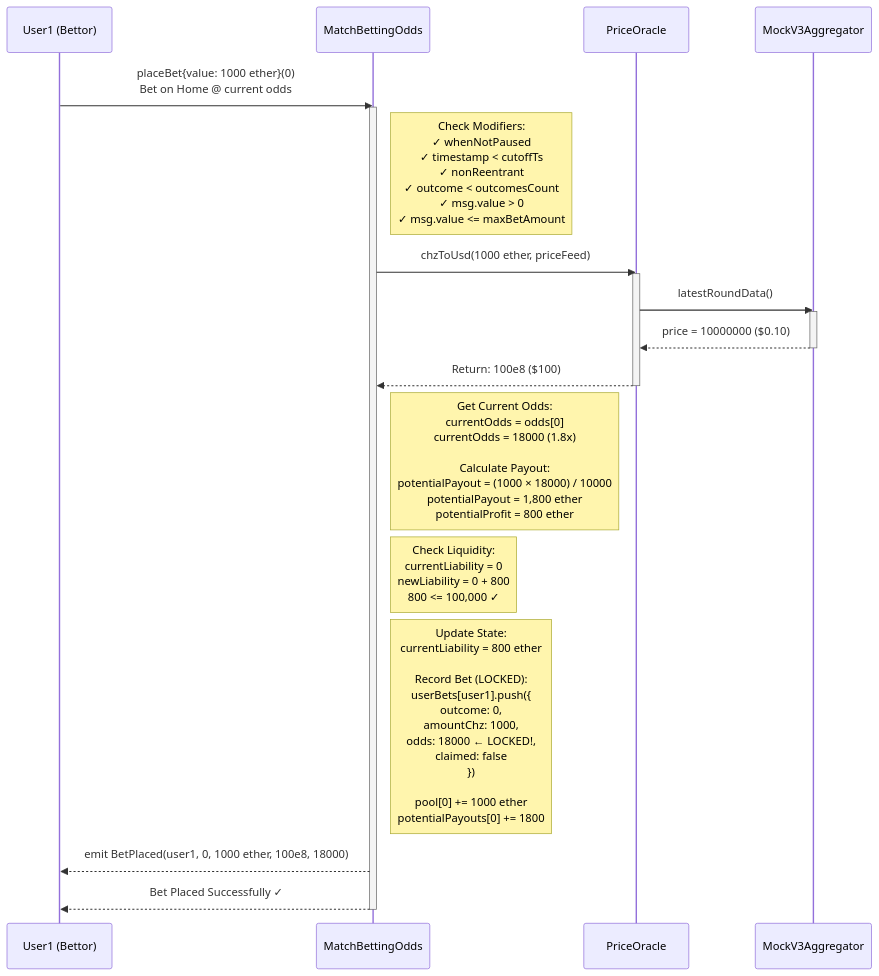
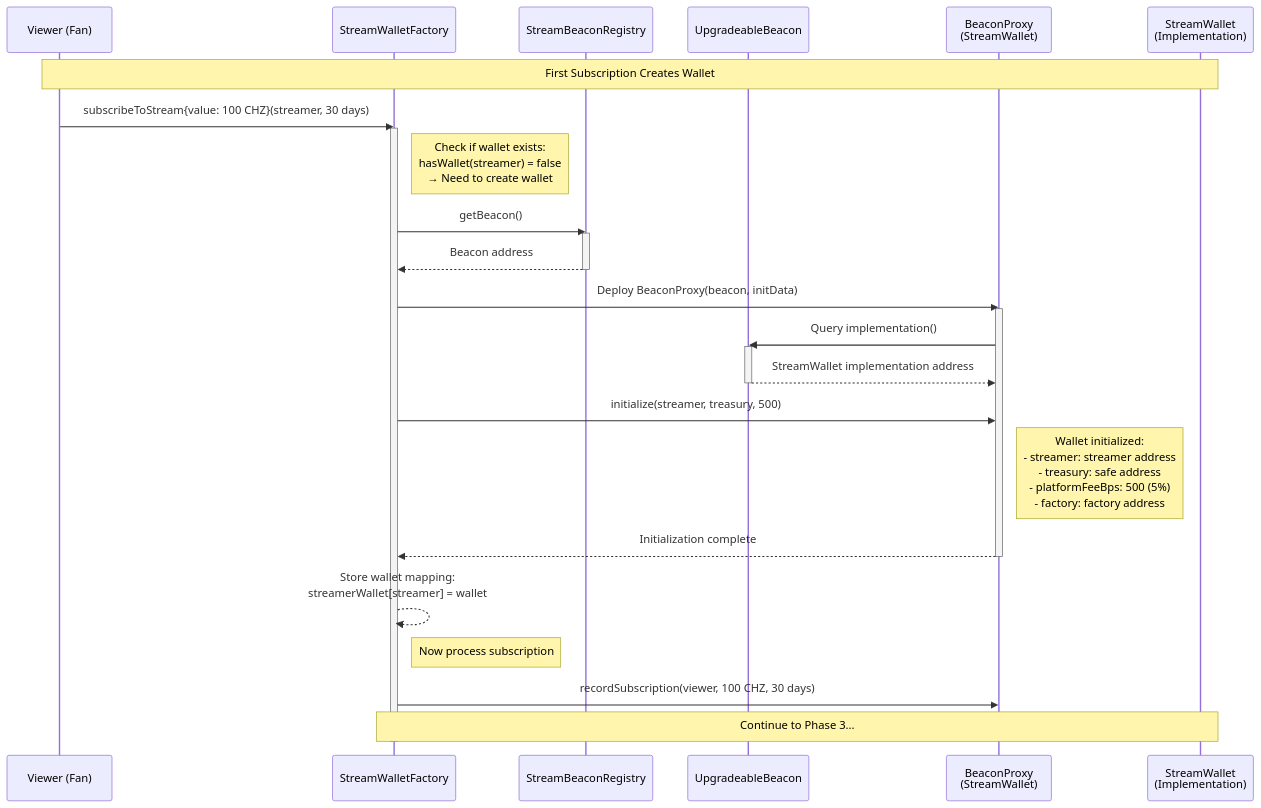
Before and after one commit to ChilizTV/smart-contracts: the sixth of 11 diagrams in SEQUENCE_DIAGRAM.md, drawn with Mermaid. The commit also changed other lines of this file and 25 other files, not shown here.

````diff
--- a/SEQUENCE_DIAGRAM.md
+++ b/SEQUENCE_DIAGRAM.md
@@ -221,31 +242,45 @@
 ```mermaid
 sequenceDiagram
-    participant User1 as User1 (Bettor)
-    participant Contract as MatchBettingOdds
-    participant Oracle as PriceOracle
-    participant Chainlink as MockV3Aggregator
+    participant Viewer as Viewer (Fan)
+    participant Factory as StreamWalletFactory
+    participant Registry as StreamBeaconRegistry
+    participant Beacon as UpgradeableBeacon
+    participant Wallet as BeaconProxy<br/>(StreamWallet)
+    participant Impl as StreamWallet<br/>(Implementation)
 
-    User1->>Contract: placeBet{value: 1000 ether}(0)<br/>Bet on Home @ current odds
-    activate Contract
+    Note over Viewer,Impl: First Subscription Creates Wallet
+
+    Viewer->>Factory: subscribeToStream{value: 100 CHZ}(streamer, 30 days)
+    activate Factory
     
-    Note right of Contract: Check Modifiers:<br/>✓ whenNotPaused<br/>✓ timestamp < cutoffTs<br/>✓ nonReentrant<br/>✓ outcome < outcomesCount<br/>✓ msg.value > 0<br/>✓ msg.value <= maxBetAmount
+    Note right of Factory: Check if wallet exists:<br/>hasWallet(streamer) = false<br/>→ Need to create wallet
     
-    Contract->>Oracle: chzToUsd(1000 ether, priceFeed)
-    activate Oracle
-    Oracle->>Chainlink: latestRoundData()
-    activate Chainlink
-    Chainlink-->>Oracle: price = 10000000 ($0.10)
-    deactivate Chainlink
-    Oracle-->>Contract: Return: 100e8 ($100)
-    deactivate Oracle
+    Factory->>Registry: getBeacon()
+    activate Registry
+    Registry-->>Factory: Beacon address
+    deactivate Registry
     
-    Note right of Contract: Get Current Odds:<br/>currentOdds = odds[0]<br/>currentOdds = 18000 (1.8x)<br/><br/>Calculate Payout:<br/>potentialPayout = (1000 × 18000) / 10000<br/>potentialPayout = 1,800 ether<br/>potentialProfit = 800 ether
+    Factory->>Wallet: Deploy BeaconProxy(beacon, initData)
+    activate Wallet
     
-    Note right of Contract: Check Liquidity:<br/>currentLiability = 0<br/>newLiability = 0 + 800<br/>800 <= 100,000 ✓
+    Wallet->>Beacon: Query implementation()
+    activate Beacon
+    Beacon-->>Wallet: StreamWallet implementation address
+    deactivate Beacon
     
-    Note right of Contract: Update State:<br/>currentLiability = 800 ether<br/><br/>Record Bet (LOCKED):<br/>userBets[user1].push({<br/>  outcome: 0,<br/>  amountChz: 1000,<br/>  odds: 18000 ← LOCKED!,<br/>  claimed: false<br/>})<br/><br/>pool[0] += 1000 ether<br/>potentialPayouts[0] += 1800
+    Factory->>Wallet: initialize(streamer, treasury, 500)
+    Note right of Wallet: Wallet initialized:<br/>- streamer: streamer address<br/>- treasury: safe address<br/>- platformFeeBps: 500 (5%)<br/>- factory: factory address
     
-    Contract-->>User1: emit BetPlaced(user1, 0, 1000 ether, 100e8, 18000)
-    Contract-->>User1: Bet Placed Successfully ✓
-    deactivate Contract
+    Wallet-->>Factory: Initialization complete
+    deactivate Wallet
+    
+    Factory-->>Factory: Store wallet mapping:<br/>streamerWallet[streamer] = wallet
+    
+    Note right of Factory: Now process subscription
+    
+    Factory->>Wallet: recordSubscription(viewer, 100 CHZ, 30 days)
+    
+    Note over Factory,Impl: Continue to Phase 3...
+    
+    deactivate Factory
 ```
````
